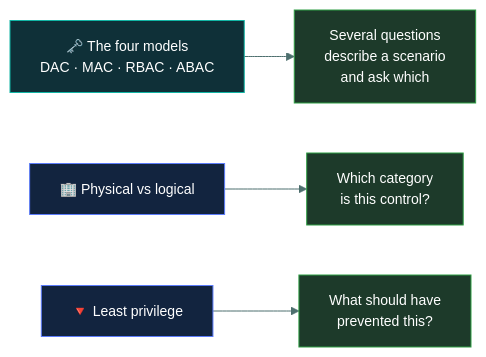
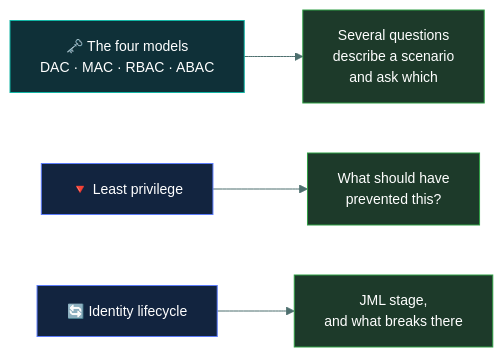
One commit to tarunTejaDesireddy/cc-exam-prep changed the diagram in 03-access-control/README.md. Above: the diagram before and after it, drawn with Mermaid. The commit also changed other lines of this file and 6 other files, not shown here.

First line of the commit message:
Update Domain 3 for live outline: rename to IAM Concepts, 20%, expand identity lifecycle

````diff
--- a/03-access-control/README.md
+++ b/03-access-control/README.md
@@ -63,14 +66,14 @@
 ```mermaid
 %%{init: {'theme':'base','themeVariables':{'fontSize':'14px','lineColor':'#4d6f6e','textColor':'#dbe7e6'}}}%%
 flowchart LR
     M["🗝️ The four models<br/>DAC · MAC · RBAC · ABAC"] --> H["Several questions<br/>describe a scenario<br/>and ask which"]
-    P["🏢 Physical vs logical"] --> H2["Which category<br/>is this control?"]
     L["🔻 Least privilege"] --> H3["What should have<br/>prevented this?"]
+    I["🔄 Identity lifecycle"] --> H2["JML stage,<br/>and what breaks there"]
 
     style M fill:#0f3038,stroke:#12B5A5,color:#fff
-    style P fill:#12243f,stroke:#5C7CFA,color:#fff
     style L fill:#12243f,stroke:#5C7CFA,color:#fff
+    style I fill:#12243f,stroke:#5C7CFA,color:#fff
     style H fill:#1d3a2a,stroke:#2F9E44,color:#fff
     style H2 fill:#1d3a2a,stroke:#2F9E44,color:#fff
     style H3 fill:#1d3a2a,stroke:#2F9E44,color:#fff
 ```
````
